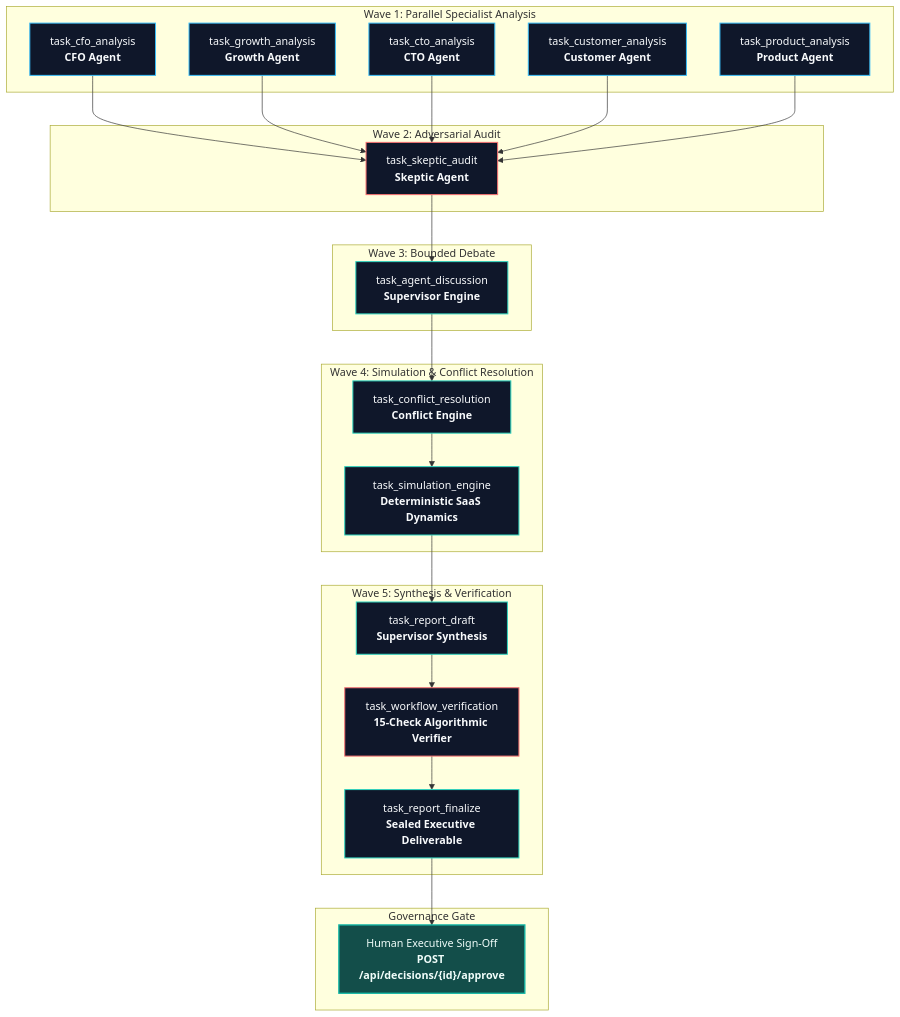
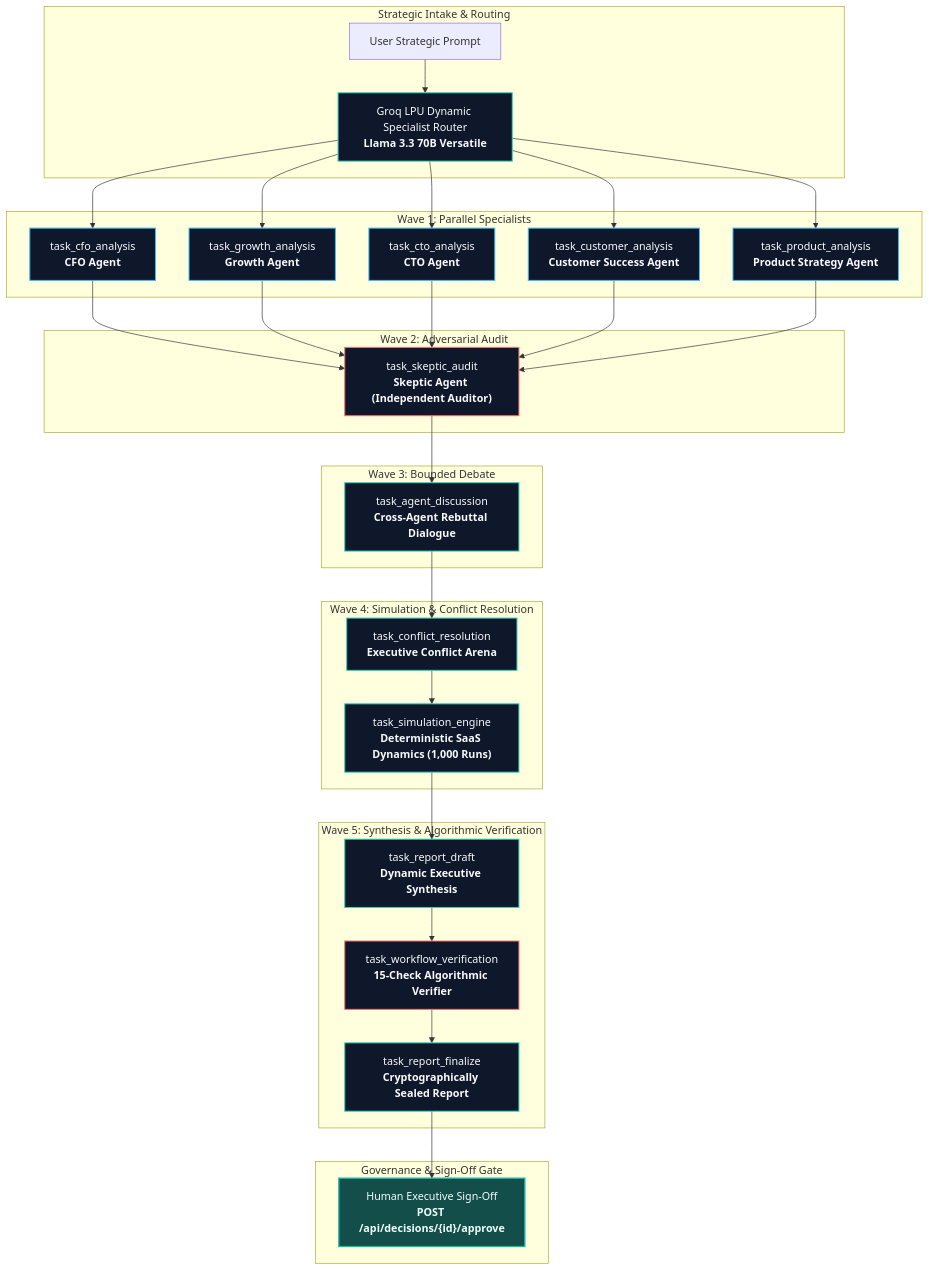
Before and after one commit to YASHK-arch/VentureTwin: the diagram in README.md, drawn with Mermaid. The commit also changed other lines of this file and 7 other files, not shown here.

````diff
--- a/README.md
+++ b/README.md
@@ -76,55 +132,58 @@
 ```mermaid
 flowchart TD
-  subgraph Wave1["Wave 1: Parallel Specialist Analysis"]
+  subgraph Intake["Strategic Intake & Routing"]
+    user["User Strategic Prompt"]
+    router["Groq LPU Dynamic Specialist Router<br/><b>Llama 3.3 70B Versatile</b>"]
+  end
+
+  subgraph Wave1["Wave 1: Parallel Specialists"]
     cfo["task_cfo_analysis<br/><b>CFO Agent</b>"]
     growth["task_growth_analysis<br/><b>Growth Agent</b>"]
     cto["task_cto_analysis<br/><b>CTO Agent</b>"]
-    customer["task_customer_analysis<br/><b>Customer Agent</b>"]
-    product["task_product_analysis<br/><b>Product Agent</b>"]
+    customer["task_customer_analysis<br/><b>Customer Success Agent</b>"]
+    product["task_product_analysis<br/><b>Product Strategy Agent</b>"]
   end
 
   subgraph Wave2["Wave 2: Adversarial Audit"]
-    skeptic["task_skeptic_audit<br/><b>Skeptic Agent</b>"]
+    skeptic["task_skeptic_audit<br/><b>Skeptic Agent (Independent Auditor)</b>"]
   end
 
   subgraph Wave3["Wave 3: Bounded Debate"]
-    discussion["task_agent_discussion<br/><b>Supervisor Engine</b>"]
+    discussion["task_agent_discussion<br/><b>Cross-Agent Rebuttal Dialogue</b>"]
   end
 
   subgraph Wave4["Wave 4: Simulation & Conflict Resolution"]
-    conflict["task_conflict_resolution<br/><b>Conflict Engine</b>"]
-    sim["task_simulation_engine<br/><b>Deterministic SaaS Dynamics</b>"]
+    conflict["task_conflict_resolution<br/><b>Executive Conflict Arena</b>"]
+    sim["task_simulation_engine<br/><b>Deterministic SaaS Dynamics (1,000 Runs)</b>"]
   end
 
-  subgraph Wave5["Wave 5: Synthesis & Verification"]
-    draft["task_report_draft<br/><b>Supervisor Synthesis</b>"]
+  subgraph Wave5["Wave 5: Synthesis & Algorithmic Verification"]
+    draft["task_report_draft<br/><b>Dynamic Executive Synthesis</b>"]
     verify["task_workflow_verification<br/><b>15-Check Algorithmic Verifier</b>"]
-    finalize["task_report_finalize<br/><b>Sealed Executive Deliverable</b>"]
+    finalize["task_report_finalize<br/><b>Cryptographically Sealed Report</b>"]
   end
 
-  subgraph Governance["Governance Gate"]
+  subgraph Governance["Governance & Sign-Off Gate"]
     human["Human Executive Sign-Off<br/><b>POST /api/decisions/{id}/approve</b>"]
   end
 
-  cfo --> skeptic
-  growth --> skeptic
-  cto --> skeptic
-  customer --> skeptic
-  product --> skeptic
+  user --> router
+  router --> cfo & growth & cto & customer & product
+  cfo & growth & cto & customer & product --> skeptic
   skeptic --> discussion
   discussion --> conflict
   conflict --> sim
   sim --> draft
   draft --> verify
   verify --> finalize
   finalize --> human
 
   classDef specialist fill:#0f172a,stroke:#38bdf8,stroke-width:1.5px,color:#f8fafc;
   classDef audit fill:#0f172a,stroke:#f87171,stroke-width:1.5px,color:#f8fafc;
   classDef engine fill:#0f172a,stroke:#2dd4bf,stroke-width:1.5px,color:#f8fafc;
   classDef gate fill:#134e4a,stroke:#14b8a6,stroke-width:2px,color:#f0fdfa;
   class cfo,growth,cto,customer,product specialist;
   class skeptic,verify audit;
-  class discussion,conflict,sim,draft,finalize engine;
+  class router,discussion,conflict,sim,draft,finalize engine;
   class human gate;
 ```
````
